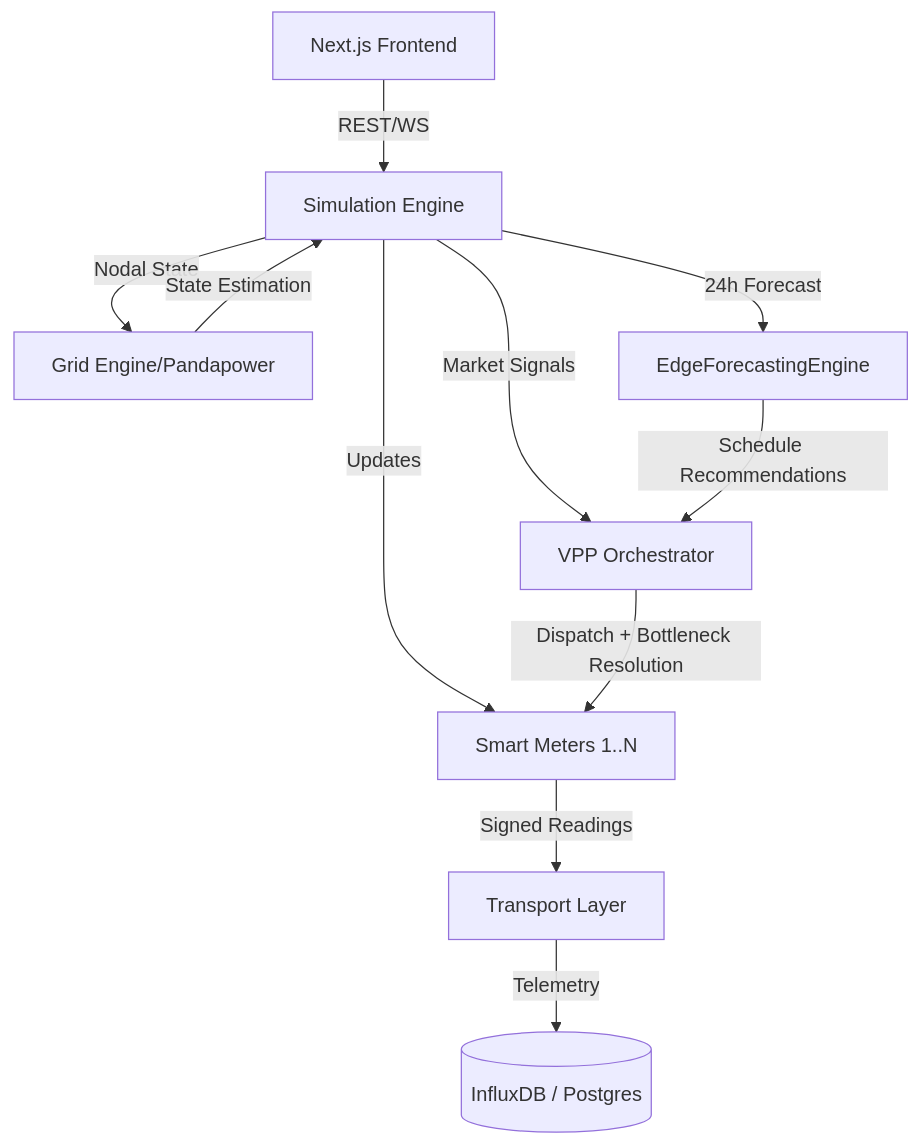
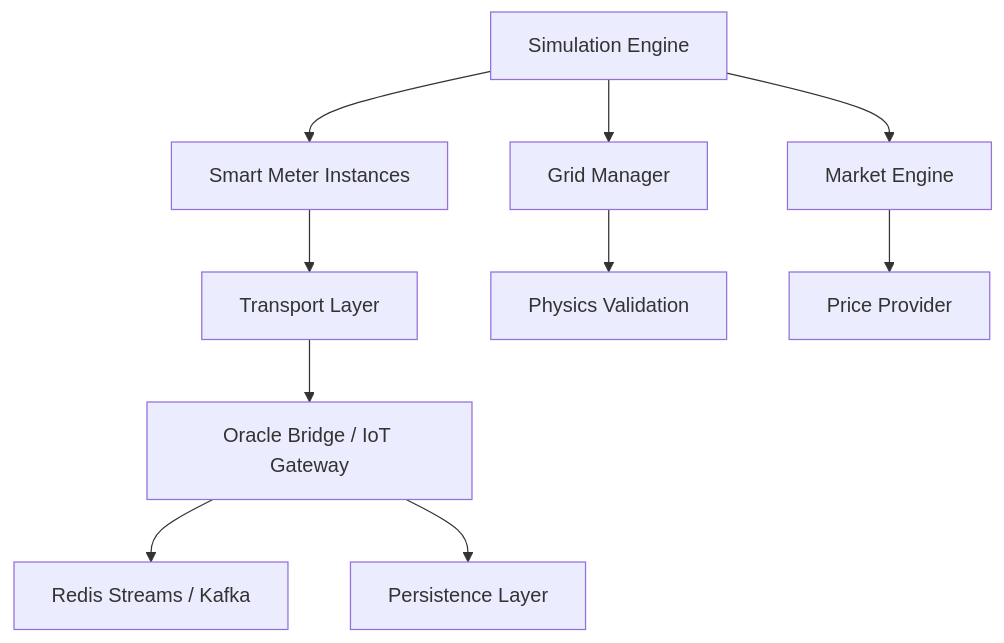
One commit to NakaSato/gridtokenx-smartmeter-simulator changed the diagram in docs/architecture/overview.md. Above: the diagram before and after it, drawn with Mermaid. The commit also changed other lines of this file and 139 other files, not shown here.

Commit message:
refactor: modularize core simulation engine, integrate BESS device support, and clean up project documentation and assets.

````diff
--- a/docs/architecture/overview.md
+++ b/docs/architecture/overview.md
@@ -21,13 +7,14 @@
 ```mermaid
 graph TD
-    SE[Simulation Engine] --> |Updates| SM[Smart Meters 1..N]
-    SM --> |Signed Readings| TL[Transport Layer]
-    SE --> |Nodal State| GE[Grid Engine/Pandapower]
-    GE --> |State Estimation| SE
-    SE --> |Market Signals| VO[VPP Orchestrator]
-    VO --> |Dispatch + Bottleneck Resolution| SM
-    SE --> |24h Forecast| EF[EdgeForecastingEngine]
-    EF --> |Schedule Recommendations| VO
-    TL --> |Telemetry| DB[(InfluxDB / Postgres)]
-    FE[Next.js Frontend] --> |REST/WS| SE
+    A[Simulation Engine] --> B[Smart Meter Instances]
+    B --> C[Transport Layer]
+    C --> D[Oracle Bridge / IoT Gateway]
+    D --> E[Redis Streams / Kafka]
+    D --> F[Persistence Layer]
+
+    A --> H[Grid Manager]
+    H --> I[Physics Validation]
+    
+    A --> J[Market Engine]
+    J --> K[Price Provider]
 ```
````
